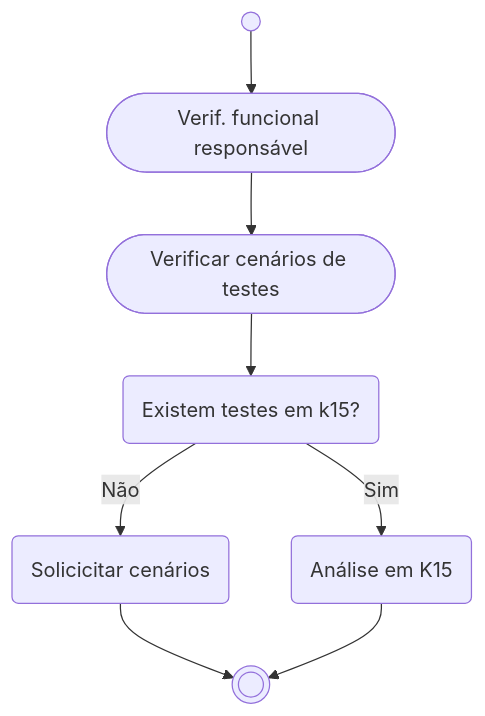
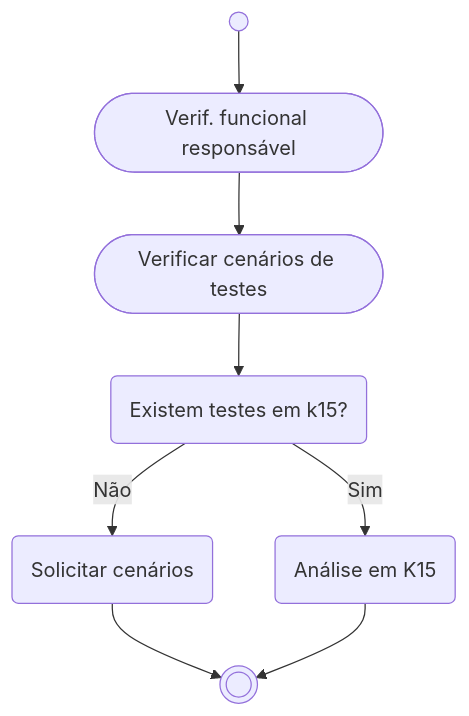
The second of 3 diagrams in README.md (edmilson-nascimento/Quermesse), drawn with Mermaid before and after one commit. The commit also changed other lines of this file, not shown here.

````diff
--- a/README.md
+++ b/README.md
@@ -77,13 +77,13 @@
 ```mermaid
 flowchart TB
 start((" "))    --> verifFuncional([Verif. funcional responsável])
 verifFuncional  --> verifCenarios([Verificar cenários de testes])
 
     verifCenarios   --> existTestK15(Existem testes em k15?)
-    existTestK15    --  Não --> solicitarK15(Solicicitar cenários)
+    existTestK15    --  Não --> solicitarK15(Solicitar cenários)
 
     solicitarK15    --> End
     existTestK15--  Sim --> avaliarK15(Análise em K15)
 
 avaliarK15      --> End(((" ")))
 ```
````
